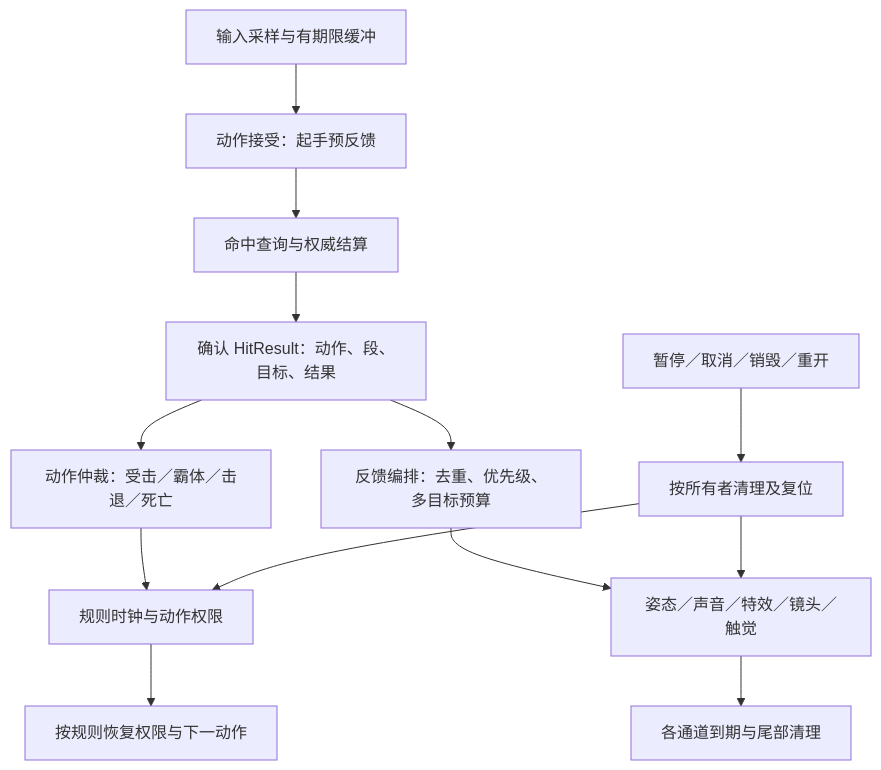
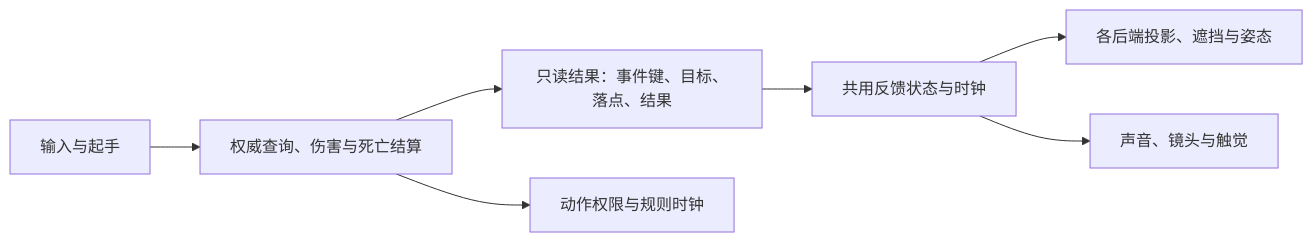
Before and after one commit to dbvv1/a1dbv: the second of 7 diagrams in domains/game-dev/04-client-modules.md, drawn with Mermaid. The commit also changed other lines of this file, not shown here.

````diff
--- a/domains/game-dev/04-client-modules.md
+++ b/domains/game-dev/04-client-modules.md
@@ -96,15 +96,9 @@
 ```mermaid
-flowchart TD
-  A[输入采样与有期限缓冲] --> B[动作接受：起手预反馈]
-  B --> C[命中查询与权威结算]
-  C --> D[确认 HitResult：动作、段、目标、结果]
-  D --> E[动作仲裁：受击／霸体／击退／死亡]
-  D --> F[反馈编排：去重、优先级、多目标预算]
-  E --> G[规则时钟与动作权限]
-  F --> H[姿态／声音／特效／镜头／触觉]
-  G --> I[按规则恢复权限与下一动作]
-  H --> L[各通道到期与尾部清理]
-  J[暂停／取消／销毁／重开] --> K[按所有者清理及复位]
-  K --> G
-  K --> H
+flowchart LR
+  A[输入与起手] --> B[权威查询、伤害与死亡结算]
+  B --> C[只读结果：事件键、目标、落点、结果]
+  B --> D[动作权限与规则时钟]
+  C --> E[共用反馈状态与时钟]
+  E --> F[各后端投影、遮挡与姿态]
+  E --> G[声音、镜头与触觉]
 ```
````
